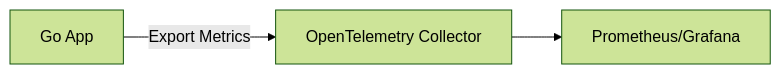
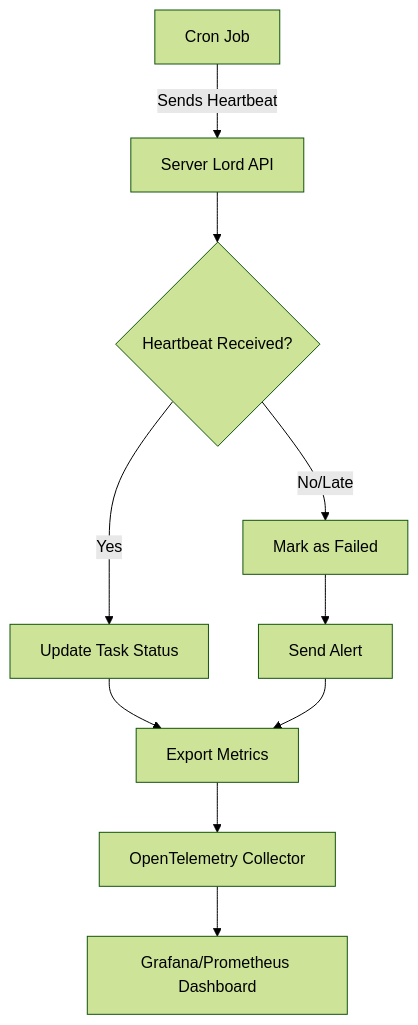
Before and after one commit to Rudranx/Server-Lord-Final: the diagram in README.md, drawn with Mermaid (forest theme). The commit also changed other lines of this file, not shown here.

````diff
--- a/README.md
+++ b/README.md
@@ -122,5 +45,12 @@
 ```mermaid
-graph LR
-    A[Go App] -->|Export Metrics| B[OpenTelemetry Collector]
-    B --> C[Prometheus/Grafana]
+flowchart TD
+    A[Cron Job] -->|Sends Heartbeat| B[Server Lord API]
+    B --> C{Heartbeat Received?}
+    C -->|Yes| D[Update Task Status]
+    C -->|No/Late| E[Mark as Failed]
+    D --> F[Export Metrics]
+    E --> G[Send Alert]
+    G --> F
+    F --> H[OpenTelemetry Collector]
+    H --> I[Grafana/Prometheus Dashboard]
 ```
````
